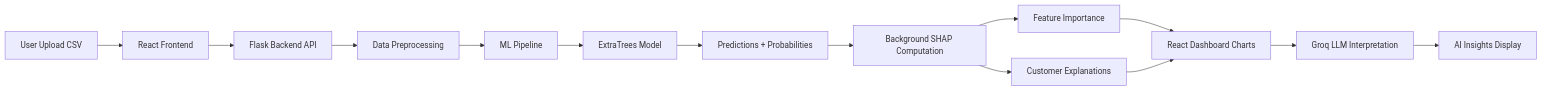
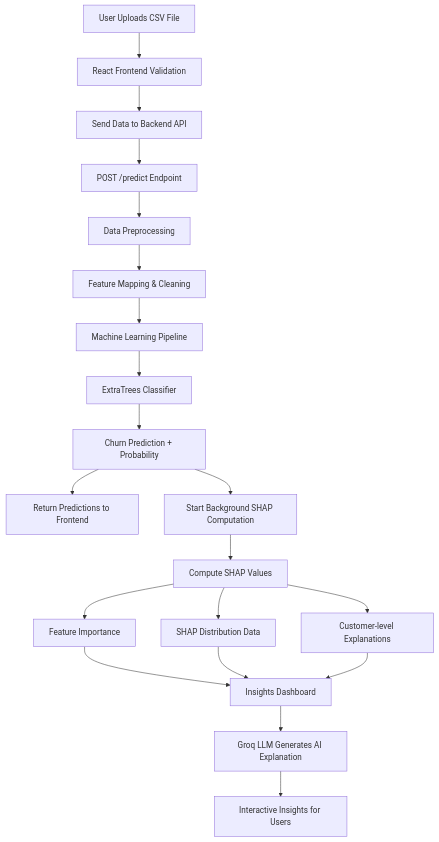
Before and after one commit to ShreyashS19/bank-churn-prediction-ai: the first of 3 diagrams in README.md, drawn with Mermaid. The commit also changed other lines of this file, not shown here.

````diff
--- a/README.md
+++ b/README.md
@@ -31,29 +30,34 @@
 ```mermaid
-flowchart LR
+flowchart TD
 
-A[User Upload CSV] --> B[React Frontend]
+A[User Uploads CSV File] --> B[React Frontend Validation]
 
-B --> C[Flask Backend API]
+B --> C[Send Data to Backend API]
+C --> D[POST /predict Endpoint]
 
-C --> D[Data Preprocessing]
+D --> E[Data Preprocessing]
+E --> F[Feature Mapping & Cleaning]
 
-D --> E[ML Pipeline]
+F --> G[Machine Learning Pipeline]
+G --> H[ExtraTrees Classifier]
 
-E --> F[ExtraTrees Model]
+H --> I[Churn Prediction + Probability]
 
-F --> G[Predictions + Probabilities]
+I --> J[Return Predictions to Frontend]
 
-G --> H[Background SHAP Computation]
+I --> K[Start Background SHAP Computation]
 
-H --> I[Feature Importance]
+K --> L[Compute SHAP Values]
 
-H --> J[Customer Explanations]
+L --> M[Feature Importance]
+L --> N[SHAP Distribution Data]
+L --> O[Customer-level Explanations]
 
-I --> K[React Dashboard Charts]
+M --> P[Insights Dashboard]
+N --> P
+O --> P
 
-J --> K
+P --> Q[Groq LLM Generates AI Explanation]
 
-K --> L[Groq LLM Interpretation]
-
-L --> M[AI Insights Display]
+Q --> R[Interactive Insights for Users]
 ```
````
